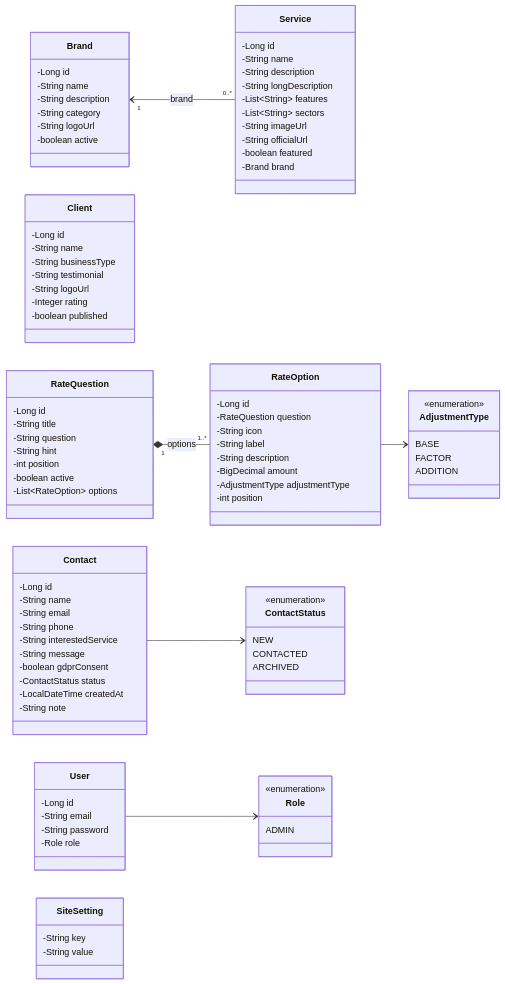
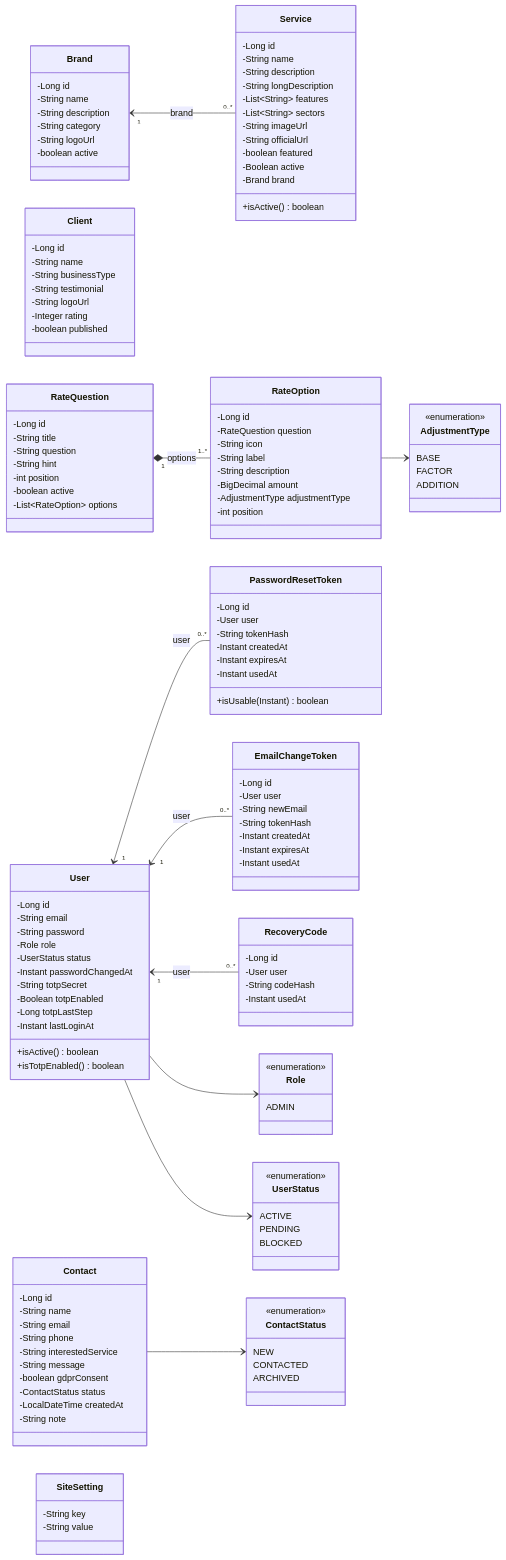
One commit to lcortes89/BG_SistemasInformaticos_Back changed the third of 8 diagrams in docs/diagrams.md. Above: the diagram before and after it, drawn with Mermaid. The commit also changed other lines of this file, not shown here.

Commit message:
docs: update diagrams with security, search, database and storage changes

````diff
--- a/docs/diagrams.md
+++ b/docs/diagrams.md
@@ -148,7 +196,9 @@
         -String imageUrl
         -String officialUrl
         -boolean featured
+        -Boolean active
         -Brand brand
+        +isActive() boolean
     }
     class Client {
         -Long id
@@ -195,6 +245,38 @@
         -String email
         -String password
         -Role role
+        -UserStatus status
+        -Instant passwordChangedAt
+        -String totpSecret
+        -Boolean totpEnabled
+        -Long totpLastStep
+        -Instant lastLoginAt
+        +isActive() boolean
+        +isTotpEnabled() boolean
+    }
+    class PasswordResetToken {
+        -Long id
+        -User user
+        -String tokenHash
+        -Instant createdAt
+        -Instant expiresAt
+        -Instant usedAt
+        +isUsable(Instant) boolean
+    }
+    class EmailChangeToken {
+        -Long id
+        -User user
+        -String newEmail
+        -String tokenHash
+        -Instant createdAt
+        -Instant expiresAt
+        -Instant usedAt
+    }
+    class RecoveryCode {
+        -Long id
+        -User user
+        -String codeHash
+        -Instant usedAt
     }
     class SiteSetting {
         -String key
@@ -216,9 +298,19 @@
         <<enumeration>>
         ADMIN
     }
+    class UserStatus {
+        <<enumeration>>
+        ACTIVE
+        PENDING
+        BLOCKED
+    }
     Brand "1" <-- "0..*" Service : brand
     RateQuestion "1" *-- "1..*" RateOption : options
+    User "1" <-- "0..*" PasswordResetToken : user
+    User "1" <-- "0..*" EmailChangeToken : user
+    User "1" <-- "0..*" RecoveryCode : user
     Contact --> ContactStatus
     RateOption --> AdjustmentType
     User --> Role
+    User --> UserStatus
 ```
````
